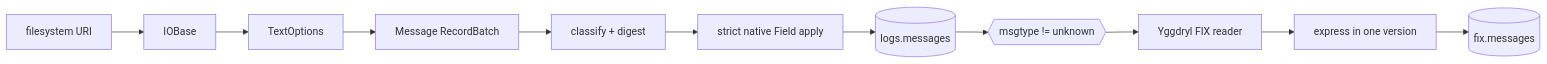
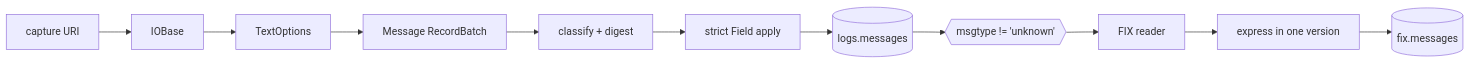
The first of 2 diagrams in docs/pipeline/index.md (Platob/yggfin), drawn with Mermaid before and after one commit. The commit also changed other lines of this file and 27 other files, not shown here.

First line of the commit message:
Document rekep as one project, in diagrams and schemas

````diff
--- a/docs/pipeline/index.md
+++ b/docs/pipeline/index.md
@@ -3,13 +5,13 @@
 ```mermaid
 flowchart LR
-    U[filesystem URI] --> I[IOBase]
+    U["capture URI"] --> I[IOBase]
     I --> T[TextOptions]
-    T --> M[Message RecordBatch]
-    M --> K[classify + digest]
-    K --> C[strict native Field apply]
-    C --> D[(logs.messages)]
-    D --> Q{{msgtype != unknown}}
-    Q --> F[Yggdryl FIX reader]
-    F --> S[express in one version]
-    S --> P[(fix.messages)]
+    T --> M["Message RecordBatch"]
+    M --> K["classify + digest"]
+    K --> C["strict Field apply"]
+    C --> D[("logs.messages")]
+    D --> Q{{"msgtype != 'unknown'"}}
+    Q --> F["FIX reader"]
+    F --> S["express in one version"]
+    S --> P[("fix.messages")]
 ```
````
